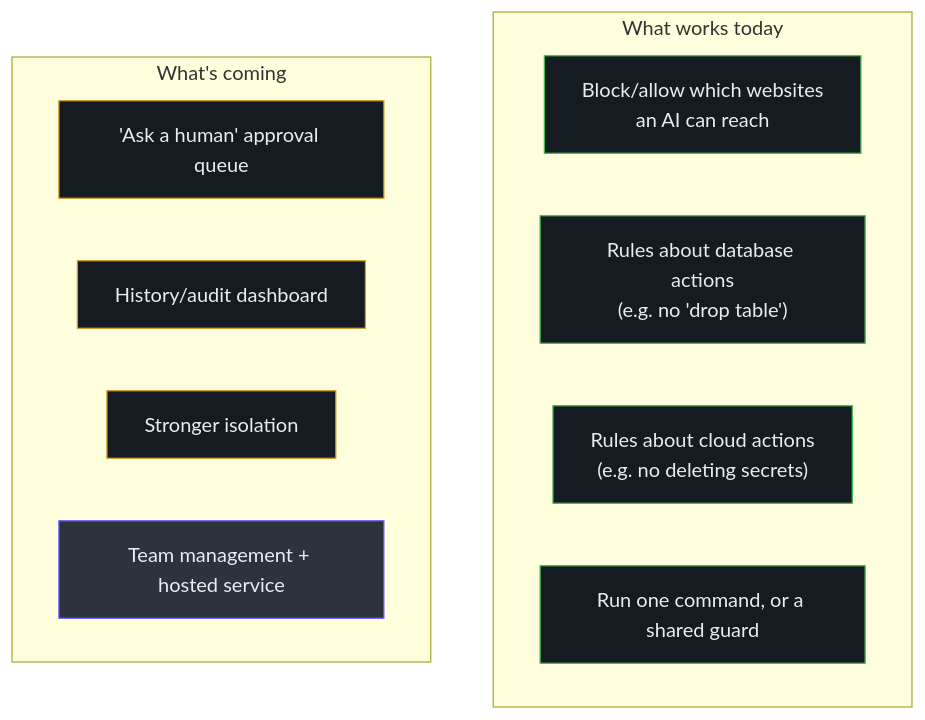
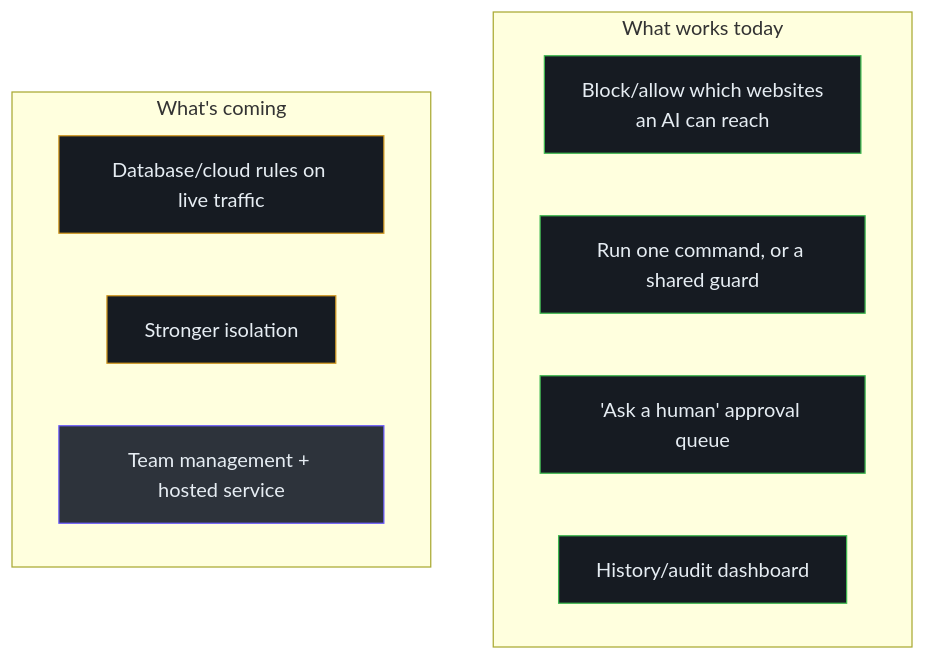
Before and after one commit to pleaseai/honmoon: the second of 2 diagrams in wiki/onboarding/product-manager-guide.md, drawn with Mermaid. The commit also changed other lines of this file and 19 other files, not shown here.

Commit message:
docs(wiki): refresh for Phase 4 (pause approval, audit log, dashboard, honmoon-mgmt)

````diff
--- a/wiki/onboarding/product-manager-guide.md
+++ b/wiki/onboarding/product-manager-guide.md
@@ -65,23 +66,21 @@
 ```mermaid
 flowchart TB
   subgraph today["What works today"]
     t1["Block/allow which websites<br>an AI can reach"]
-    t2["Rules about database actions<br>(e.g. no 'drop table')"]
-    t3["Rules about cloud actions<br>(e.g. no deleting secrets)"]
     t4["Run one command, or a shared guard"]
+    t5["'Ask a human' approval queue"]
+    t6["History/audit dashboard"]
   end
   subgraph soon["What's coming"]
-    s1["'Ask a human' approval queue"]
-    s2["History/audit dashboard"]
+    s2["Database/cloud rules on live traffic"]
     s3["Stronger isolation"]
     s4["Team management + hosted service"]
   end
   style t1 fill:#161b22,stroke:#3fb950,color:#e6edf3
-  style t2 fill:#161b22,stroke:#3fb950,color:#e6edf3
-  style t3 fill:#161b22,stroke:#3fb950,color:#e6edf3
   style t4 fill:#161b22,stroke:#3fb950,color:#e6edf3
-  style s1 fill:#161b22,stroke:#d29922,color:#e6edf3
+  style t5 fill:#161b22,stroke:#3fb950,color:#e6edf3
+  style t6 fill:#161b22,stroke:#3fb950,color:#e6edf3
   style s2 fill:#161b22,stroke:#d29922,color:#e6edf3
   style s3 fill:#161b22,stroke:#d29922,color:#e6edf3
   style s4 fill:#2d333b,stroke:#6d5dfc,color:#e6edf3
 ```
````
